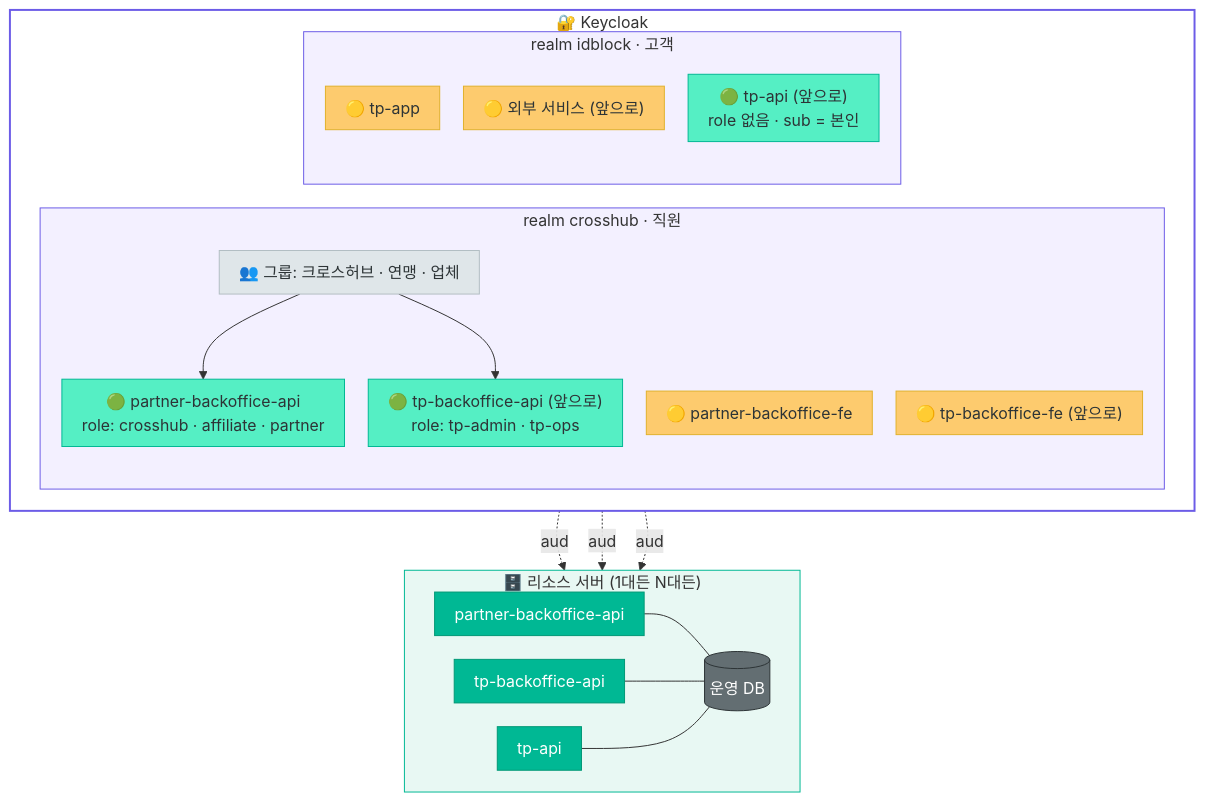
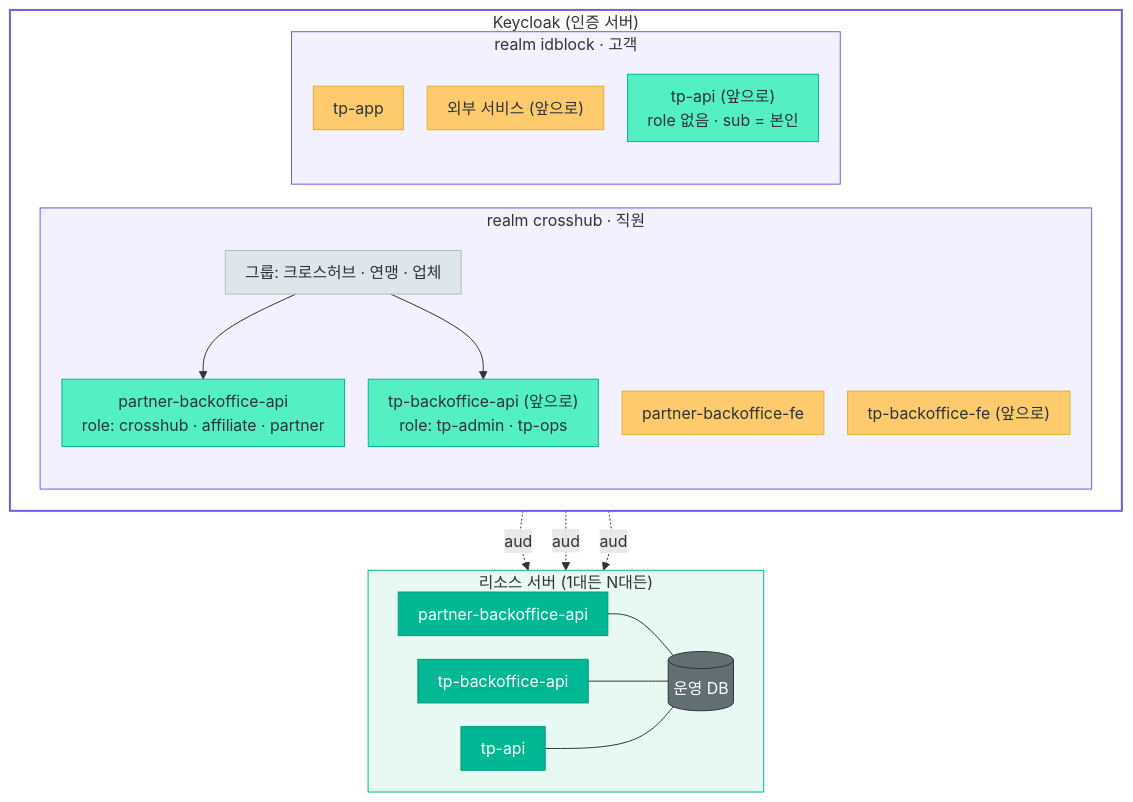
One commit to crosshub-poc-backoffice/travelpass-backoffice-BE changed the second of 4 diagrams in docs/architecture-overview.md. Above: the diagram before and after it, drawn with Mermaid. The commit also changed other lines of this file, not shown here.

Commit message:
docs: 큰 틀 그림 상자 안 이모지 제거 (글자 잘림)

````diff
--- a/docs/architecture-overview.md
+++ b/docs/architecture-overview.md
@@ -64,53 +64,53 @@
 ```mermaid
 %%{init: {"flowchart": {"wrappingWidth": 480, "nodeSpacing": 24, "rankSpacing": 36, "padding": 10}}}%%
 flowchart TB
-  subgraph KC["🔐 Keycloak"]
+  subgraph KC["Keycloak (인증 서버)"]
     direction LR
     subgraph R1["realm crosshub · 직원"]
       direction TB
-      G1["👥 그룹: 크로스허브 · 연맹 · 업체"]
-      L1a["🟡 partner-backoffice-fe"]
-      L1b["🟡 tp-backoffice-fe (앞으로)"]
-      N1a["🟢 partner-backoffice-api<br/>role: crosshub · affiliate · partner"]
-      N1b["🟢 tp-backoffice-api (앞으로)<br/>role: tp-admin · tp-ops"]
+      G1["그룹: 크로스허브 · 연맹 · 업체"]
+      L1a["partner-backoffice-fe"]
+      L1b["tp-backoffice-fe (앞으로)"]
+      N1a["partner-backoffice-api<br/>role: crosshub · affiliate · partner"]
+      N1b["tp-backoffice-api (앞으로)<br/>role: tp-admin · tp-ops"]
       G1 --> N1a
       G1 --> N1b
     end
     subgraph R2["realm idblock · 고객"]
       direction TB
-      L2a["🟡 tp-app"]
-      L2b["🟡 외부 서비스 (앞으로)"]
-      N2["🟢 tp-api (앞으로)<br/>role 없음 · sub = 본인"]
+      L2a["tp-app"]
+      L2b["외부 서비스 (앞으로)"]
+      N2["tp-api (앞으로)<br/>role 없음 · sub = 본인"]
     end
   end
 
-  subgraph RS["🗄️ 리소스 서버 (1대든 N대든)"]
+  subgraph RS["리소스 서버 (1대든 N대든)"]
     direction LR
     P["partner-backoffice-api"]
     O["tp-backoffice-api"]
     T["tp-api"]
     DB[("운영 DB")]
     P --- DB
     O --- DB
     T --- DB
   end
 
   N1a -. aud .-> P
   N1b -. aud .-> O
   N2 -. aud .-> T
 
   classDef app fill:#FDCB6E,stroke:#e1b12c,color:#2d3436
   classDef tag fill:#55efc4,stroke:#00B894,color:#2d3436
   classDef grp fill:#dfe6e9,stroke:#b2bec3,color:#2d3436
   classDef rs fill:#00B894,stroke:#019875,color:#fff
   classDef db fill:#636e72,stroke:#2d3436,color:#fff
   class L1a,L1b,L2a,L2b app
   class N1a,N1b,N2 tag
   class G1 grp
   class P,O,T rs
   class DB db
   style R1 fill:#f3f0ff,stroke:#6C5CE7
   style R2 fill:#f3f0ff,stroke:#6C5CE7
   style KC fill:#ffffff,stroke:#6C5CE7,stroke-width:2px
   style RS fill:#e8f8f3,stroke:#00B894
 ```
````
